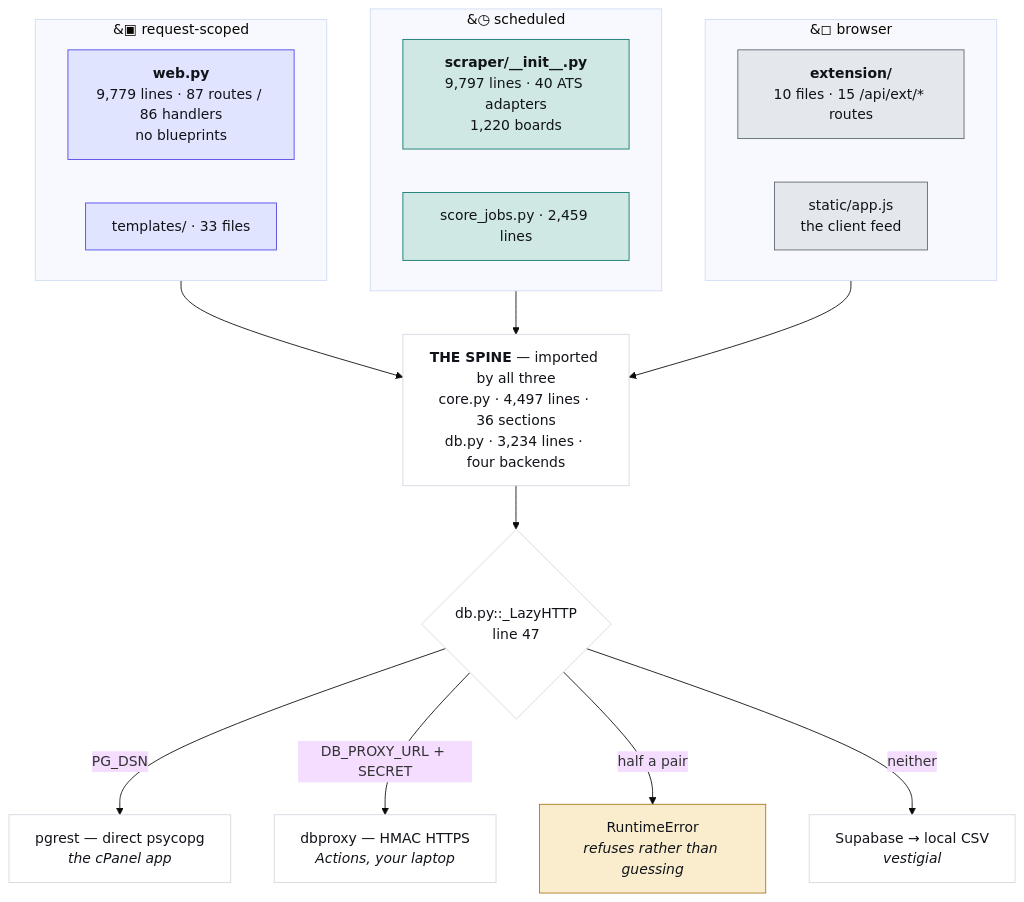
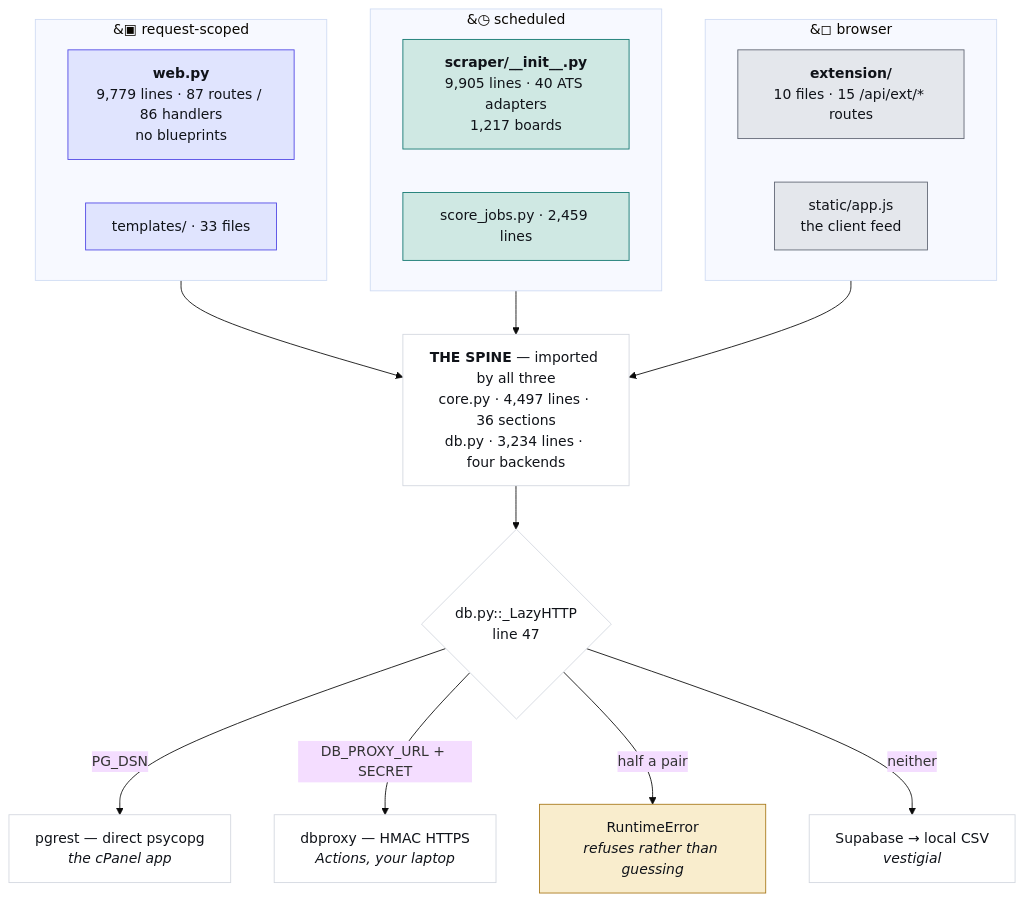
Before and after one commit to hadakunal909-debug/job-search-tool: the first of 4 diagrams in JobMatch Scraper/docs/ARCHITECTURE.md, drawn with Mermaid (base theme). The commit also changed other lines of this file and 8 other files, not shown here.

````diff
--- a/JobMatch Scraper/docs/ARCHITECTURE.md
+++ b/JobMatch Scraper/docs/ARCHITECTURE.md
@@ -45,34 +45,34 @@
 ```mermaid
 flowchart TB
   subgraph REQ["&#9635; request-scoped"]
     W["<b>web.py</b><br/>9,779 lines · 87 routes / 86 handlers<br/>no blueprints"]
     T["templates/ · 33 files"]
   end
   subgraph SCH["&#9719; scheduled"]
-    S["<b>scraper/__init__.py</b><br/>9,797 lines · 40 ATS adapters<br/>1,220 boards"]
+    S["<b>scraper/__init__.py</b><br/>9,905 lines · 40 ATS adapters<br/>1,217 boards"]
     J["score_jobs.py · 2,459 lines"]
   end
   subgraph CLI["&#9723; browser"]
     E["<b>extension/</b><br/>10 files · 15 /api/ext/* routes"]
     A["static/app.js<br/>the client feed"]
   end
   SPINE["<b>THE SPINE</b> — imported by all three<br/>core.py · 4,497 lines · 36 sections<br/>db.py · 3,234 lines · four backends"]
   REQ --> SPINE
   SCH --> SPINE
   CLI --> SPINE
   SPINE --> D{"db.py::_LazyHTTP<br/>line 47"}
   D -->|"PG_DSN"| P["pgrest — direct psycopg<br/><i>the cPanel app</i>"]
   D -->|"DB_PROXY_URL + SECRET"| X["dbproxy — HMAC HTTPS<br/><i>Actions, your laptop</i>"]
   D -->|"half a pair"| R["RuntimeError<br/><i>refuses rather than guessing</i>"]
   D -->|"neither"| V["Supabase → local CSV<br/><i>vestigial</i>"]
   classDef web fill:#e0e4fe,stroke:#4f46e5,color:#101319
   classDef sched fill:#cfe8e3,stroke:#0f766e,color:#101319
   classDef client fill:#e4e7ec,stroke:#5f6573,color:#101319
   classDef trap fill:#f9edcd,stroke:#a8781a,color:#101319
   classDef plain fill:#ffffff,stroke:#d3d7df,color:#101319
   class W,T web
   class S,J sched
   class E,A client
   class R trap
   class SPINE,D,P,X,V plain
 ```
````
